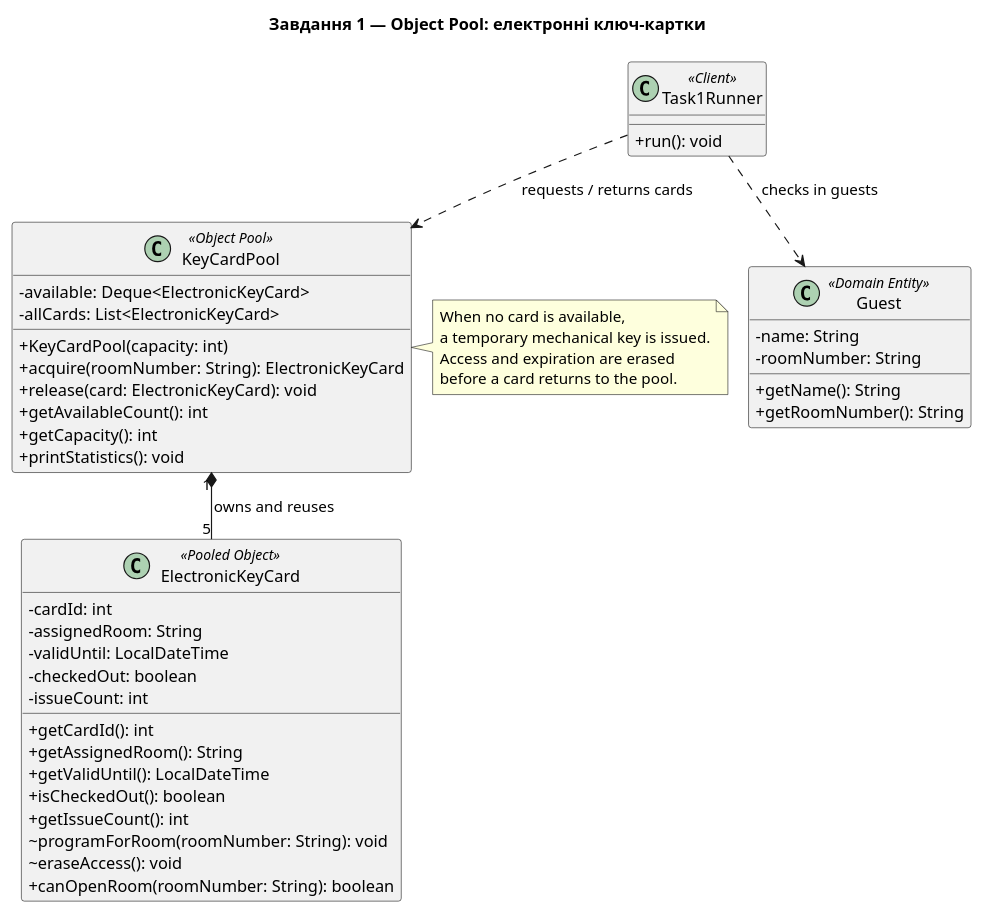
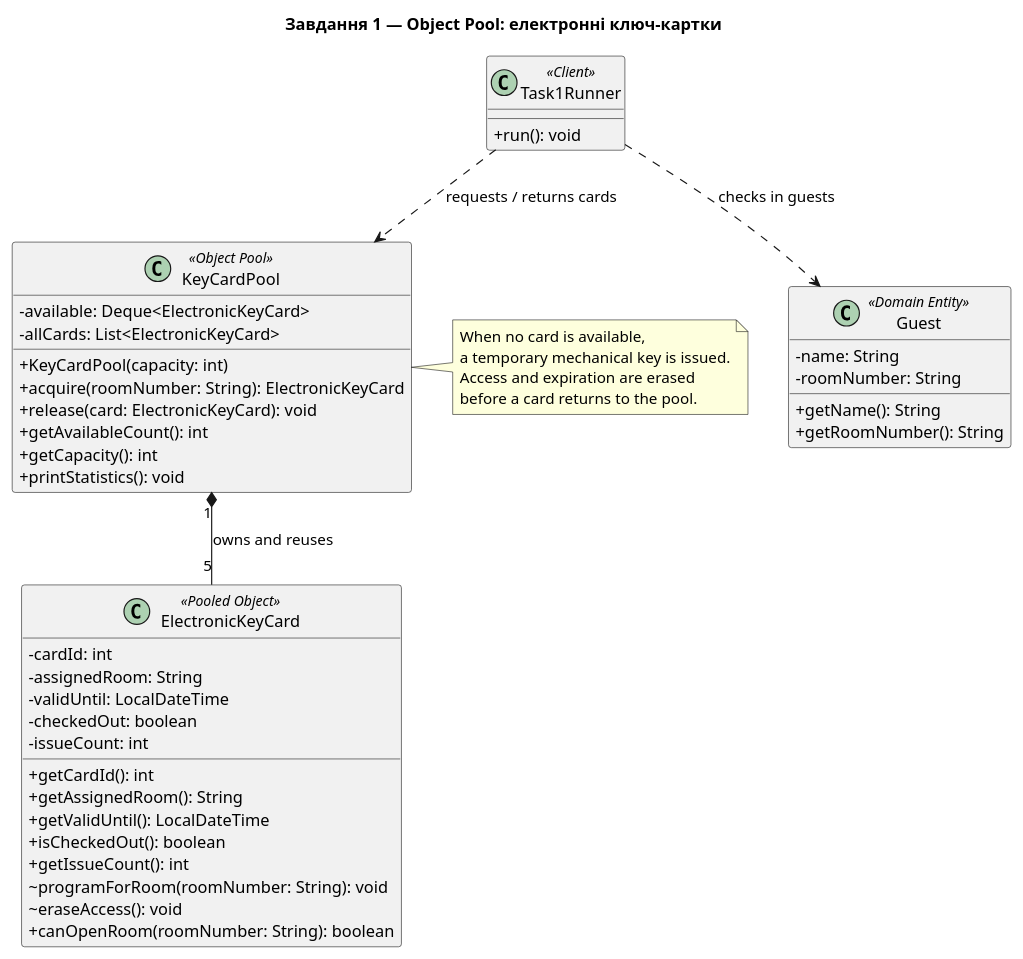
The diagram in lab09/docs/diagrams/task1-object-pool.puml (Sabdon41k8/JavaLabsTeam), drawn with PlantUML before and after one commit. The commit also changed 1 other file, not shown here.

Commit message:
feat: add some changes to diagram and settings.json file

```diff
--- a/lab09/docs/diagrams/task1-object-pool.puml
+++ b/lab09/docs/diagrams/task1-object-pool.puml
@@ -1,53 +1,52 @@
 @startuml
-!pragma layout smetana
 title Завдання 1 — Object Pool: електронні ключ-картки
 skinparam classAttributeIconSize 0
 
 class Task1Runner <<Client>> {
   + run(): void
 }
 
 class KeyCardPool <<Object Pool>> {
   - available: Deque<ElectronicKeyCard>
   - allCards: List<ElectronicKeyCard>
   + KeyCardPool(capacity: int)
   + acquire(roomNumber: String): ElectronicKeyCard
   + release(card: ElectronicKeyCard): void
   + getAvailableCount(): int
   + getCapacity(): int
   + printStatistics(): void
 }
 
 class ElectronicKeyCard <<Pooled Object>> {
   - cardId: int
   - assignedRoom: String
   - validUntil: LocalDateTime
   - checkedOut: boolean
   - issueCount: int
   + getCardId(): int
   + getAssignedRoom(): String
   + getValidUntil(): LocalDateTime
   + isCheckedOut(): boolean
   + getIssueCount(): int
   ~ programForRoom(roomNumber: String): void
   ~ eraseAccess(): void
   + canOpenRoom(roomNumber: String): boolean
 }
 
 class Guest <<Domain Entity>> {
   - name: String
   - roomNumber: String
-  + getName(): String
+  + getName(): String 
   + getRoomNumber(): String
 }
 
 Task1Runner ..> KeyCardPool : requests / returns cards
 Task1Runner ..> Guest : checks in guests
 KeyCardPool "1" *-- "5" ElectronicKeyCard : owns and reuses
 note right of KeyCardPool
   When no card is available,
   a temporary mechanical key is issued.
   Access and expiration are erased
   before a card returns to the pool.
 end note
 @enduml
```
